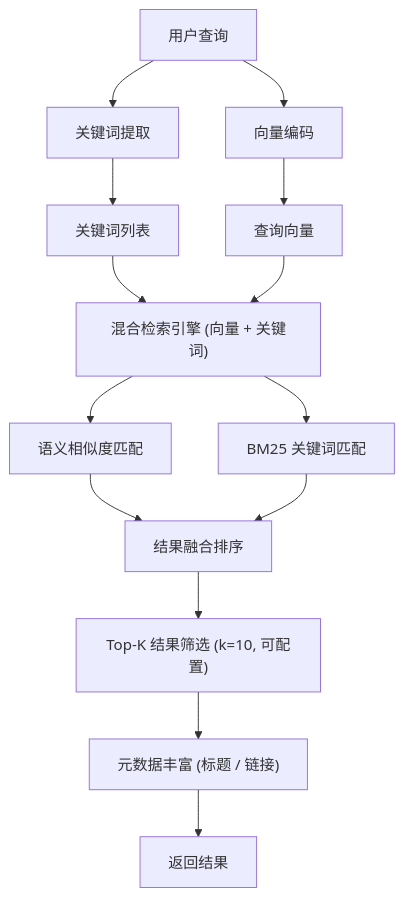
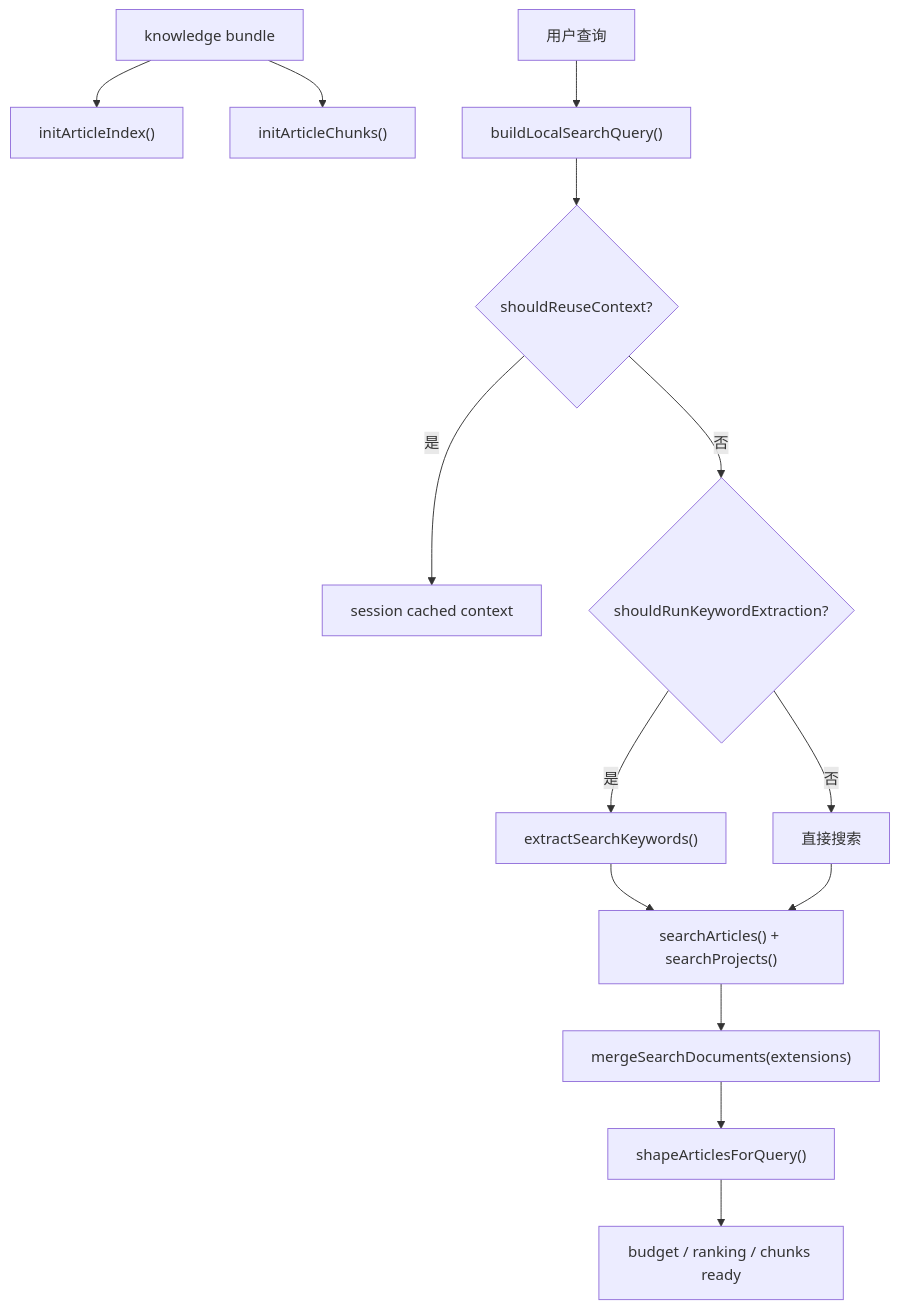
Before and after one commit to souloss/astro-minblog: the second of 11 diagrams in apps/blog/src/data/blog/zh/ai-module-architecture.md, drawn with Mermaid. The commit also changed other lines of this file, not shown here.

First line of the commit message:
docs(blog): rewrite Chinese AI architecture deep dive

````diff
--- a/apps/blog/src/data/blog/zh/ai-module-architecture.md
+++ b/apps/blog/src/data/blog/zh/ai-module-architecture.md
@@ -342,32 +303,16 @@
 ```mermaid
 flowchart TB
-
-%% ===================== 输入 =====================
-Q["用户查询"]
-
-%% ===================== 查询理解 =====================
-Q --> K["关键词提取"]
-Q --> V["向量编码"]
-
-K --> KL["关键词列表"]
-V --> VE["查询向量"]
-
-%% ===================== 混合检索 =====================
-KL --> H["混合检索引擎 (向量 + 关键词)"]
-VE --> H
-
-%% ===================== 双通道检索 =====================
-H --> S["语义相似度匹配"]
-H --> B["BM25 关键词匹配"]
-
-%% ===================== 融合 =====================
-S --> F["结果融合排序"]
-B --> F
-
-%% ===================== 后处理 =====================
-F --> T["Top-K 结果筛选 (k=10, 可配置)"]
-T --> M["元数据丰富 (标题 / 链接)"]
-
-%% ===================== 输出 =====================
-M --> R["返回结果"]
+    A["knowledge bundle"] --> B["initArticleIndex()"]
+    A --> C["initArticleChunks()"]
+    Q["用户查询"] --> D["buildLocalSearchQuery()"]
+    D --> E{"shouldReuseContext?"}
+    E -->|是| F["session cached context"]
+    E -->|否| G{"shouldRunKeywordExtraction?"}
+    G -->|是| H["extractSearchKeywords()"]
+    G -->|否| I["直接搜索"]
+    H --> J["searchArticles() + searchProjects()"]
+    I --> J
+    J --> K["mergeSearchDocuments(extensions)"]
+    K --> L["shapeArticlesForQuery()"]
+    L --> M["budget / ranking / chunks ready"]
 ```
````
